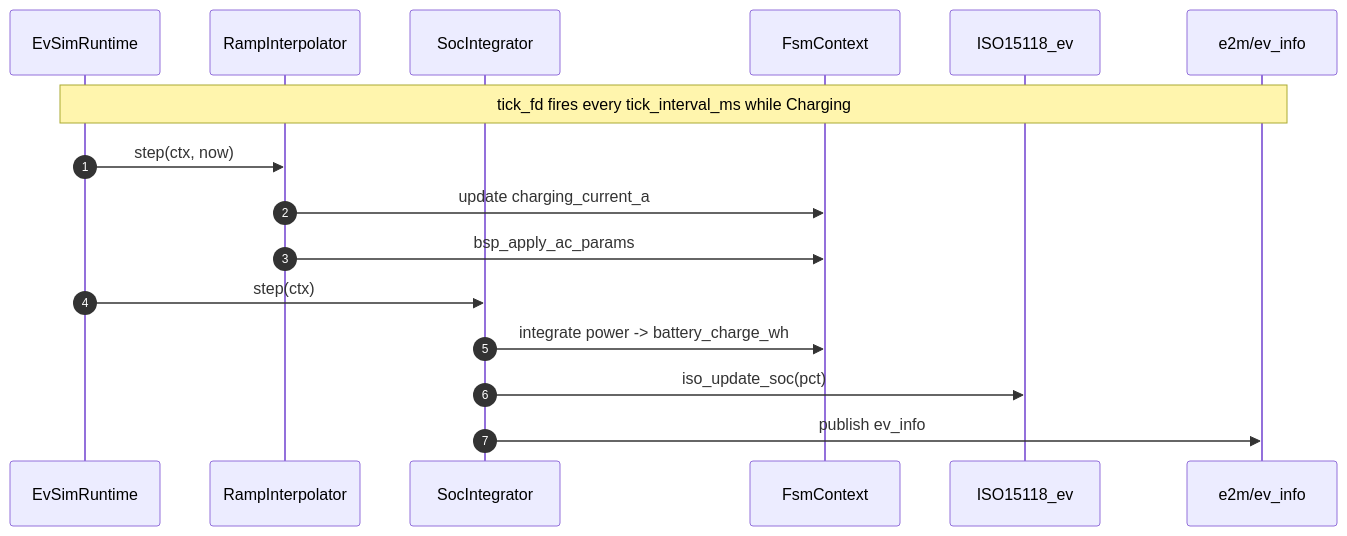
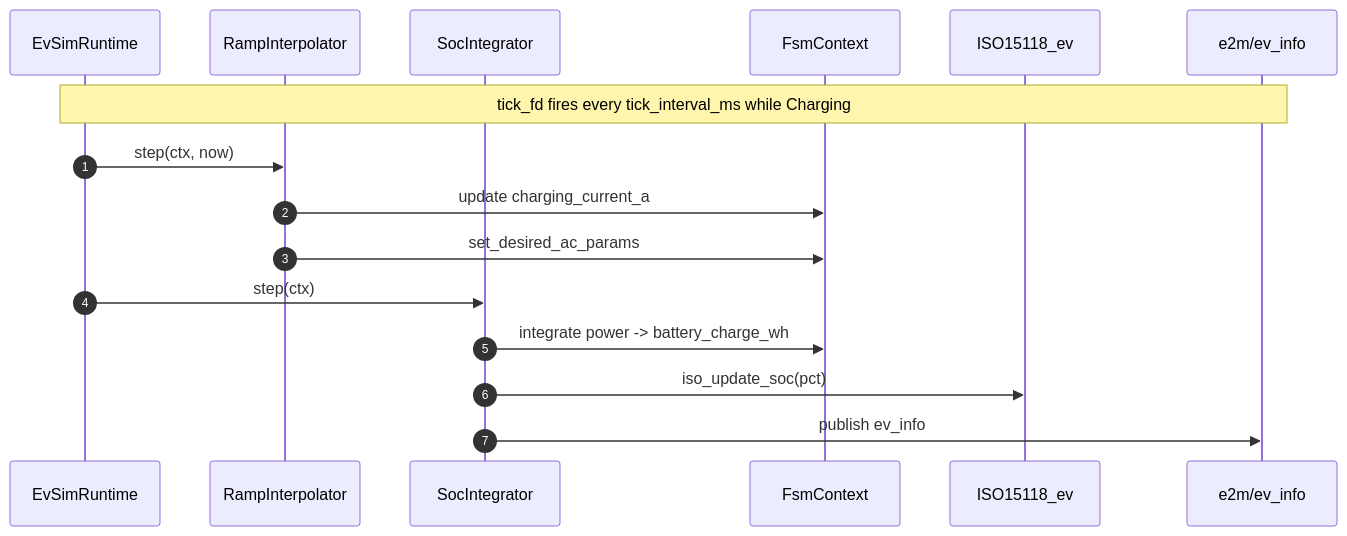
Before and after one commit to EVerest/EVerest: the diagram in modules/EV/EvSimulator/docs/images/event_ingress_tick.mmd, drawn with Mermaid. The commit also changed 10 other files, not shown here.

```diff
--- a/modules/EV/EvSimulator/docs/images/event_ingress_tick.mmd
+++ b/modules/EV/EvSimulator/docs/images/event_ingress_tick.mmd
@@ -1,19 +1,19 @@
 sequenceDiagram
     autonumber
     participant Runtime as EvSimRuntime
     participant Ramp as RampInterpolator
     participant Soc as SocIntegrator
     participant Ctx as FsmContext
     participant Iso as ISO15118_ev
     participant E2M as e2m/ev_info
 
     Note over Runtime,E2M: tick_fd fires every tick_interval_ms while Charging
 
     Runtime->>Ramp: step(ctx, now)
     Ramp->>Ctx: update charging_current_a
-    Ramp->>Ctx: bsp_apply_ac_params
+    Ramp->>Ctx: set_desired_ac_params
 
     Runtime->>Soc: step(ctx)
     Soc->>Ctx: integrate power -> battery_charge_wh
     Soc->>Iso: iso_update_soc(pct)
     Soc->>E2M: publish ev_info
```
